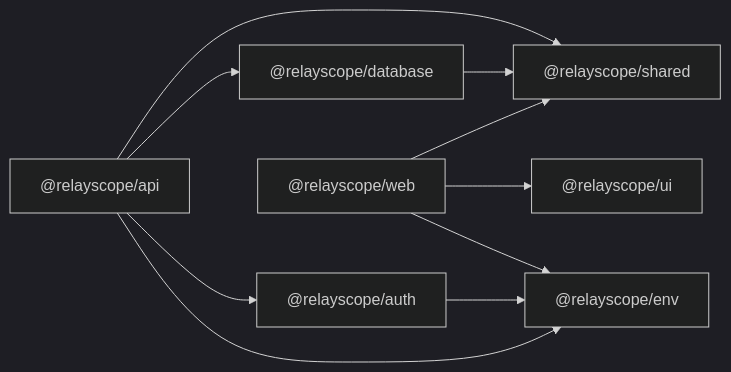
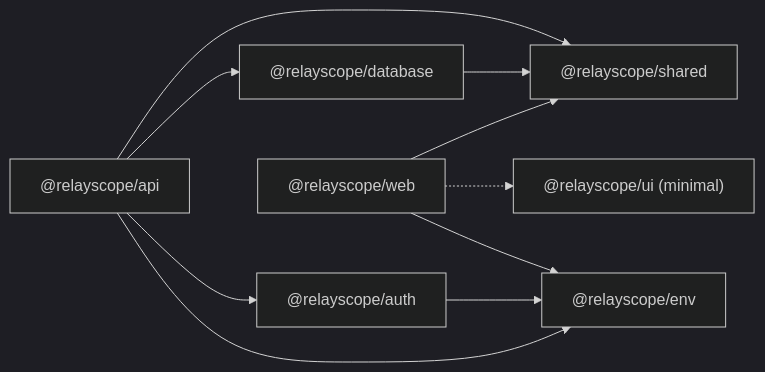
The second of 2 diagrams in README.md (saad-tayyab/relay-dog), drawn with Mermaid (dark theme) before and after one commit. The commit also changed other lines of this file and 4 other files, not shown here.

````diff
--- a/README.md
+++ b/README.md
@@ -148,20 +148,20 @@
 ```mermaid
 graph LR
     ENV["@relayscope/env"]
     SHARED["@relayscope/shared"]
     DB["@relayscope/database"]
     AUTH["@relayscope/auth"]
-    UI["@relayscope/ui"]
+    UI["@relayscope/ui (minimal)"]
     WEB["@relayscope/web"]
     API["@relayscope/api"]
 
     WEB --> SHARED
-    WEB --> UI
+    WEB -.-> UI
     API --> SHARED
     API --> DB
     API --> AUTH
     DB --> SHARED
     AUTH --> ENV
     API --> ENV
     WEB --> ENV
 ```
````
